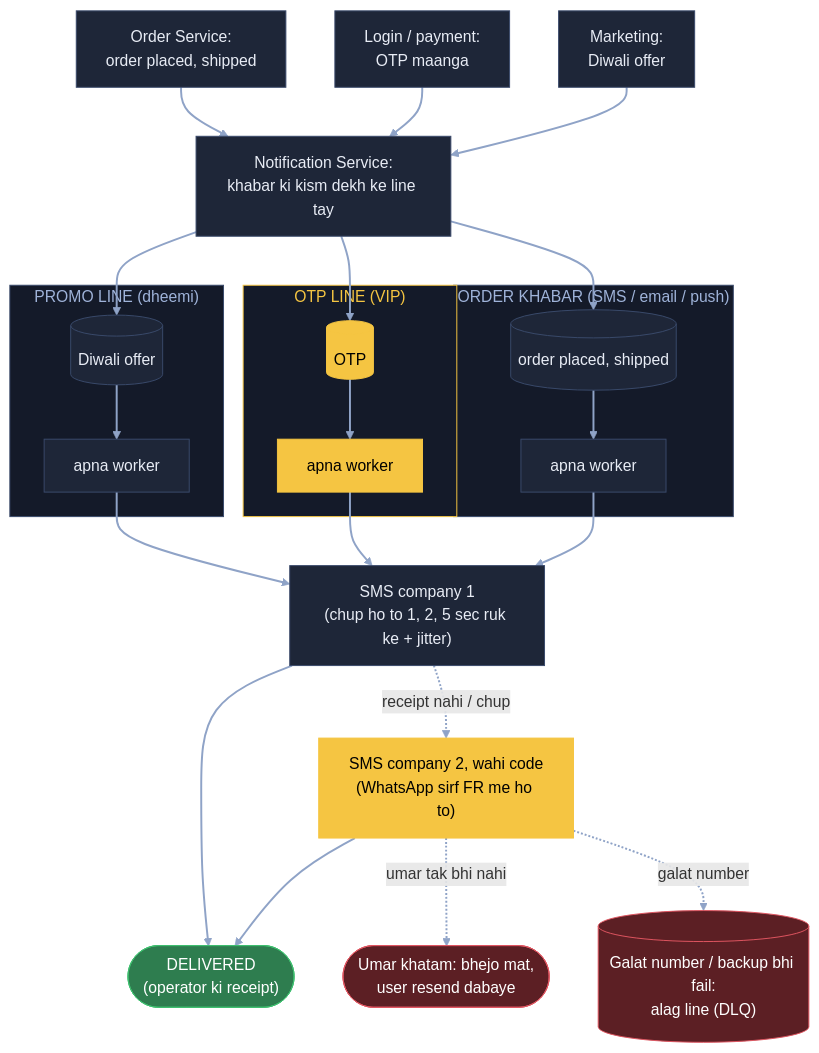
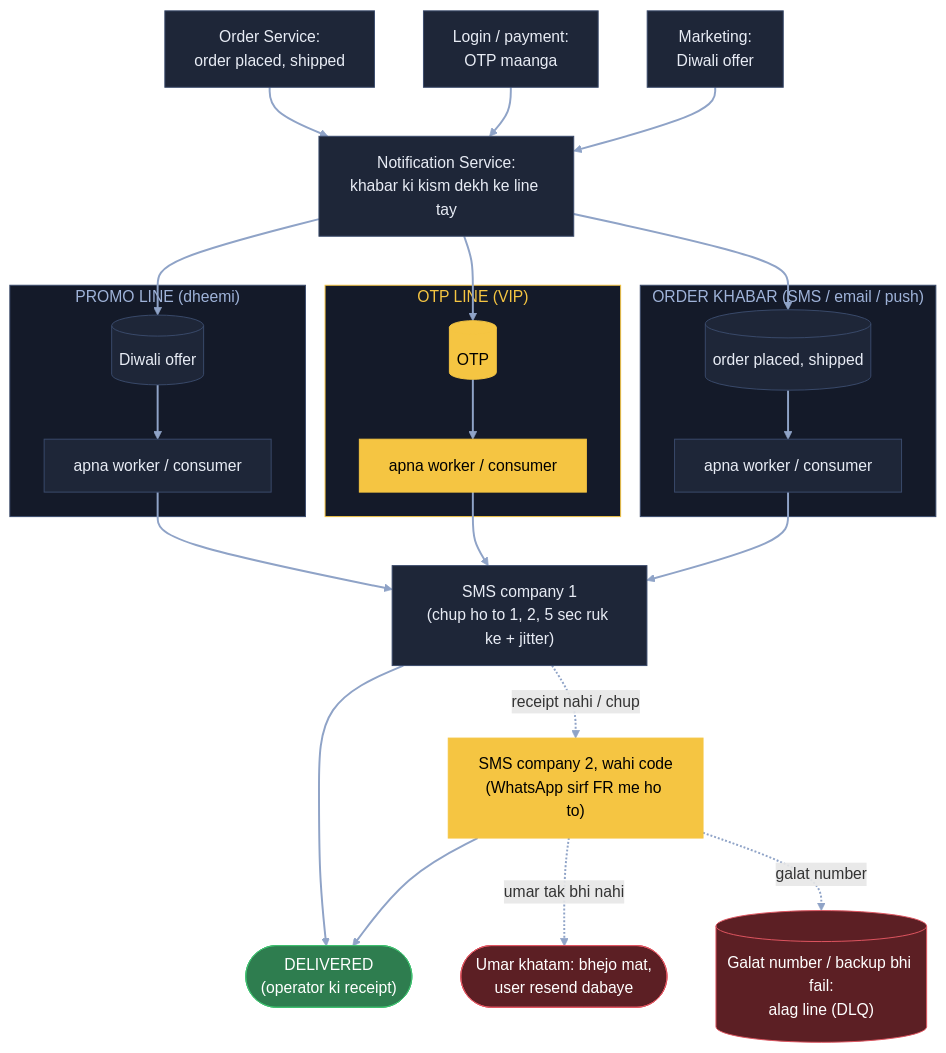
Before and after one commit to ArpanMaheshwari144/Prep: the tenth of 10 diagrams in 04_HLD/SYSTEM_DESIGNS/04_notification_system/04_notification_system.md, drawn with Mermaid. The commit also changed other lines of this file and 29 other files, not shown here.

Commit message:
HLD: worker -> worker / consumer har jagah (Arpan ke 'Arpan:' shabd chhod ke); Foundations 07 pehla hissa tube + stadium

````diff
--- a/04_HLD/SYSTEM_DESIGNS/04_notification_system/04_notification_system.md
+++ b/04_HLD/SYSTEM_DESIGNS/04_notification_system/04_notification_system.md
@@ -376,43 +376,43 @@
 ```mermaid
 flowchart TB
     O["Order Service:<br/>order placed, shipped"]:::card
     LG["Login / payment:<br/>OTP maanga"]:::card
     MK["Marketing:<br/>Diwali offer"]:::card
     B["Notification Service:<br/>khabar ki kism dekh ke line tay"]:::card
     subgraph PRL["PROMO LINE (dheemi)"]
-        PR[("Diwali offer")]:::card --> WP["apna worker"]:::card
+        PR[("Diwali offer")]:::card --> WP["apna worker / consumer"]:::card
     end
     subgraph TRL["OTP LINE (VIP)"]
-        TR[("OTP")]:::pill --> WT["apna worker"]:::pill
+        TR[("OTP")]:::pill --> WT["apna worker / consumer"]:::pill
     end
     subgraph SVL["ORDER KHABAR (SMS / email / push)"]
-        SV[("order placed, shipped")]:::card --> WS["apna worker"]:::card
+        SV[("order placed, shipped")]:::card --> WS["apna worker / consumer"]:::card
     end
     C1["SMS company 1<br/>(chup ho to 1, 2, 5 sec ruk ke + jitter)"]:::card
     C2["SMS company 2, wahi code<br/>(WhatsApp sirf FR me ho to)"]:::pill
     OK(["DELIVERED<br/>(operator ki receipt)"]):::good
     EX(["Umar khatam: bhejo mat,<br/>user resend dabaye"]):::bad
     DL[("Galat number / backup bhi fail:<br/>alag line (DLQ)")]:::bad
     O --> B
     LG --> B
     MK --> B
     B --> PR
     B --> TR
     B --> SV
     WP --> C1
     WT --> C1
     WS --> C1
     C1 --> OK
     C1 -. "receipt nahi / chup" .-> C2
     C2 --> OK
     C2 -. "umar tak bhi nahi" .-> EX
     C2 -. "galat number" .-> DL
     linkStyle default stroke:#8fa3c7,stroke-width:2px
     classDef card fill:#1e2638,stroke:#3a4a6b,color:#e8ecf5
     classDef pill fill:#f5c542,stroke:#f5c542,color:#000
     classDef good fill:#2e7d4f,stroke:#3fbf6f,color:#fff
     classDef bad fill:#5c1f24,stroke:#e05561,color:#fff
     style PRL fill:#141a29,stroke:#3a4a6b,color:#9fb3d9
     style TRL fill:#141a29,stroke:#f5c542,color:#f5c542
     style SVL fill:#141a29,stroke:#3a4a6b,color:#9fb3d9
 ```
````
